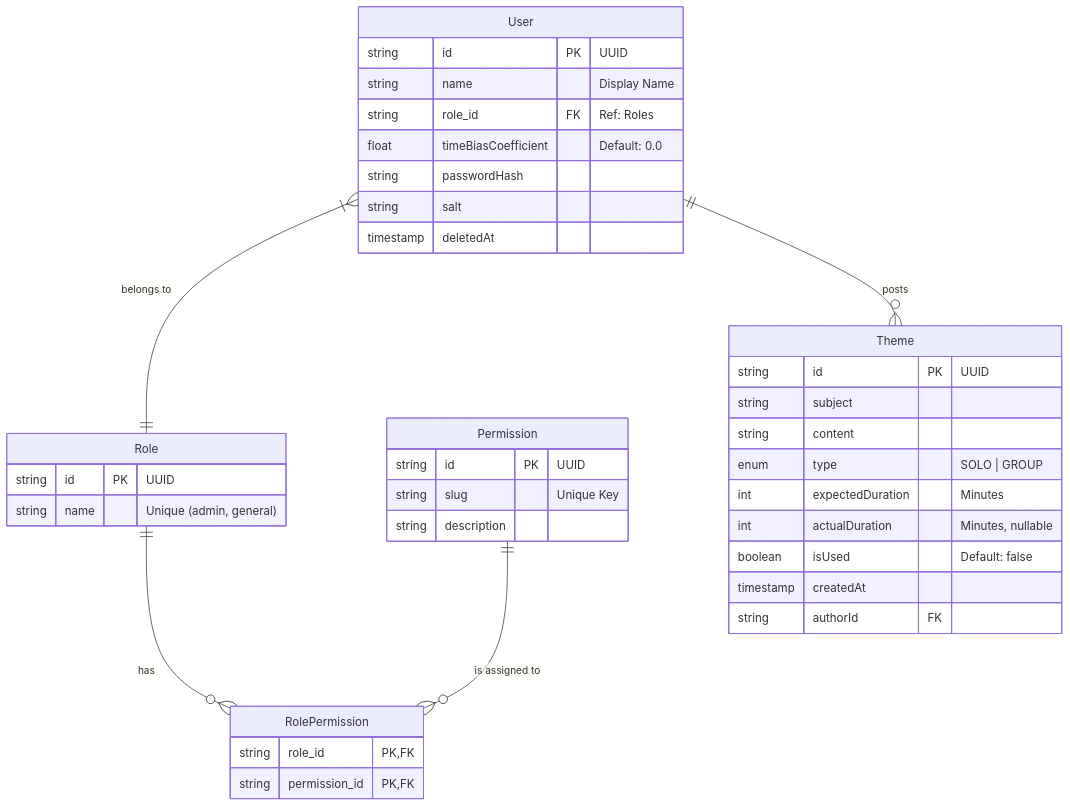
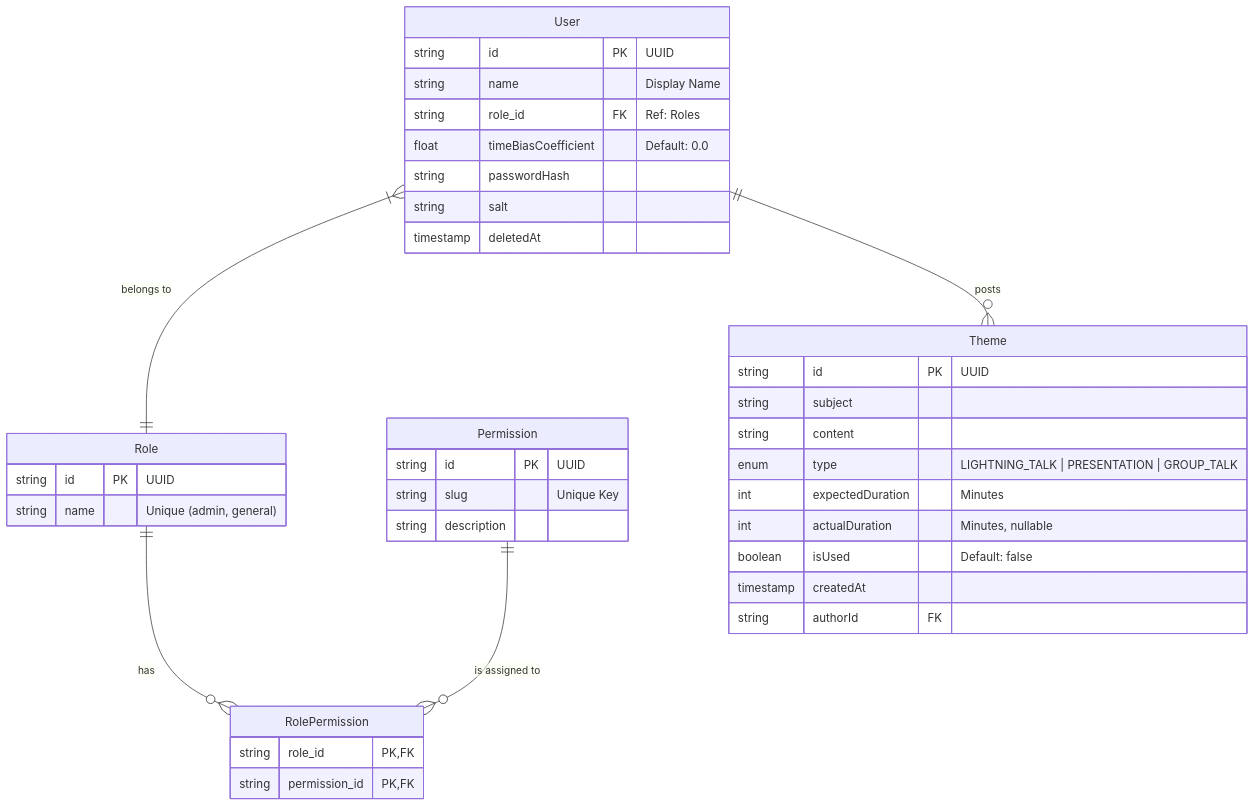
Before and after one commit to SaKaneko/omikuji-gum-talk-next: the diagram in doc/design.md, drawn with Mermaid. The commit also changed other lines of this file and 10 other files, not shown here.

Commit message:
:zap: トークテーマを`SOLO`、`GROUP`から`LIGHTNING_TALK`、`PRESENTATION`、`GROUP_TALK`に変更

````diff
--- a/doc/design.md
+++ b/doc/design.md
@@ -28,41 +28,41 @@
 ```mermaid
 erDiagram
     User }|--|| Role : "belongs to"
     Role ||--o{ RolePermission : "has"
     Permission ||--o{ RolePermission : "is assigned to"
     User ||--o{ Theme : "posts"
 
     User {
         string id PK "UUID"
         string name "Display Name"
         string role_id FK "Ref: Roles"
         float timeBiasCoefficient "Default: 0.0"
         string passwordHash
         string salt
         timestamp deletedAt
     }
     Role {
         string id PK "UUID"
         string name "Unique (admin, general)"
     }
     Permission {
         string id PK "UUID"
         string slug "Unique Key"
         string description
     }
     RolePermission {
         string role_id PK, FK
         string permission_id PK, FK
     }
     Theme {
         string id PK "UUID"
         string subject
         string content
-        enum type "SOLO | GROUP"
+        enum type "LIGHTNING_TALK | PRESENTATION | GROUP_TALK"
         int expectedDuration "Minutes"
         int actualDuration "Minutes, nullable"
         boolean isUsed "Default: false"
         timestamp createdAt
         string authorId FK
     }
 ```
````
